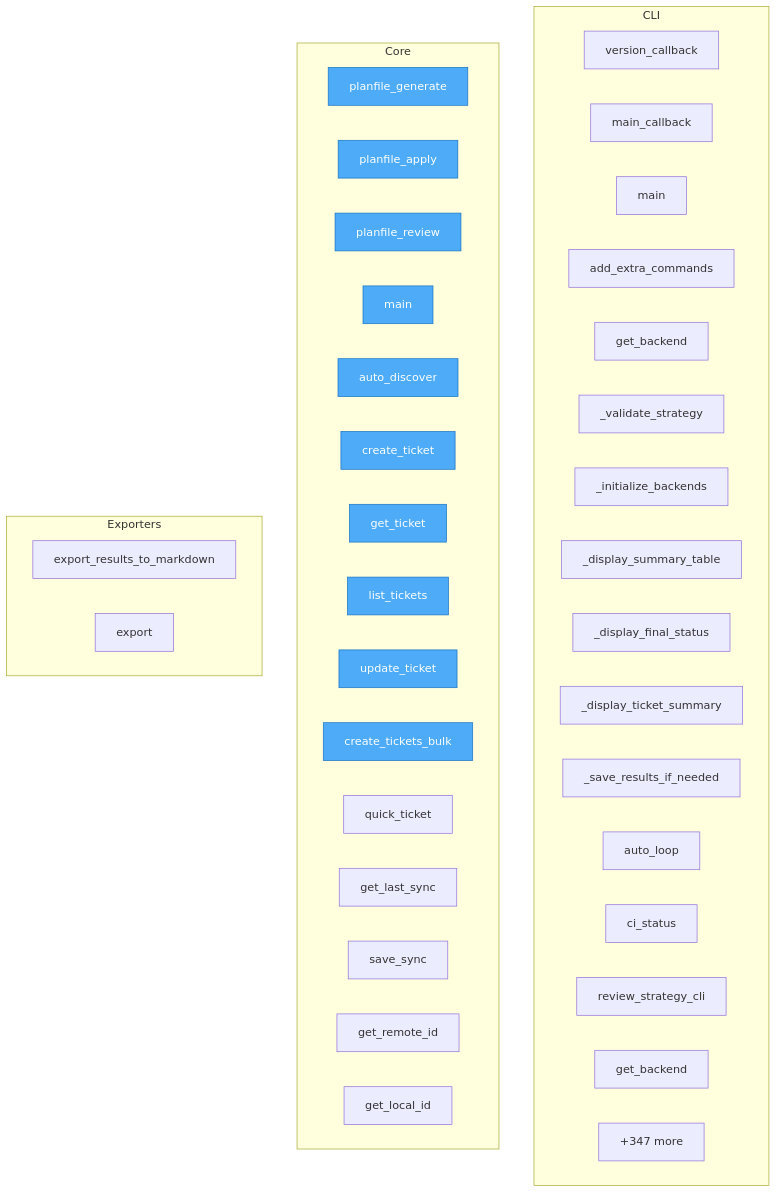
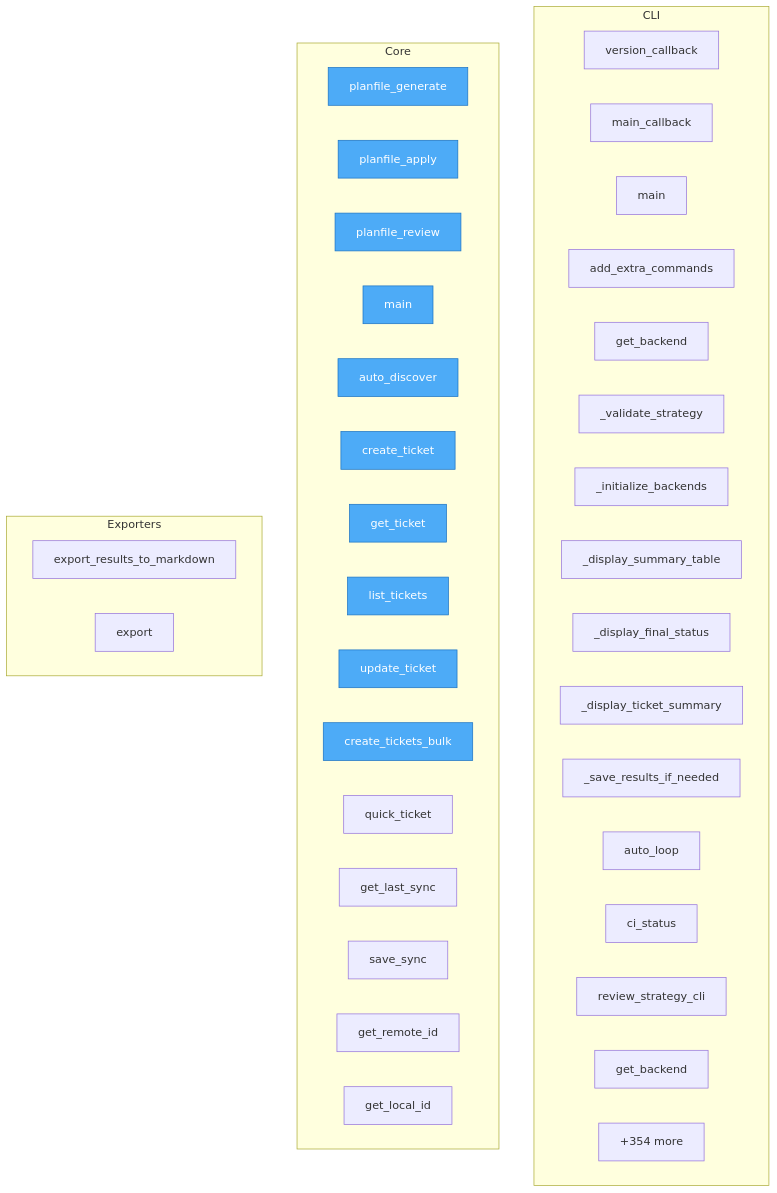
The diagram in project/flow.mmd (semcod/planfile), drawn with Mermaid before and after one commit. The commit also changed 29 other files, not shown here.

```diff
--- a/project/flow.mmd
+++ b/project/flow.mmd
@@ -1,49 +1,49 @@
 flowchart TD
 
     %% Entry points (blue)
     classDef entry fill:#4dabf7,stroke:#1971c2,color:#fff
 
     subgraph CLI
         planfile__cli__commands__version_callback["version_callback"]
         planfile__cli__commands__main_callback["main_callback"]
         planfile__cli__commands__main["main"]
         planfile__cli__extra_commands__add_extra_commands["add_extra_commands"]
         planfile__cli__auto_loop__get_backend["get_backend"]
         planfile__cli__auto_loop___validate_strategy["_validate_strategy"]
         planfile__cli__auto_loop___initialize_backends["_initialize_backends"]
         planfile__cli__auto_loop___display_summary_table["_display_summary_table"]
         planfile__cli__auto_loop___display_final_status["_display_final_status"]
         planfile__cli__auto_loop___display_ticket_summary["_display_ticket_summary"]
         planfile__cli__auto_loop___save_results_if_needed["_save_results_if_needed"]
         planfile__cli__auto_loop__auto_loop["auto_loop"]
         planfile__cli__auto_loop__ci_status["ci_status"]
         planfile__cli__cmd__cmd_review__review_strategy_cli["review_strategy_cli"]
         planfile__cli__cmd__cmd_utils__get_backend["get_backend"]
         ...["+30 more"]
     end
 
     subgraph Core
         mcp_server_example__planfile_generate["planfile_generate"]
         mcp_server_example__planfile_apply["planfile_apply"]
         mcp_server_example__planfile_review["planfile_review"]
         mcp_server_example__main["main"]
         planfile__Planfile__auto_discover["auto_discover"]
         planfile__Planfile__create_ticket["create_ticket"]
         planfile__Planfile__get_ticket["get_ticket"]
         planfile__Planfile__list_tickets["list_tickets"]
         planfile__Planfile__update_ticket["update_ticket"]
         planfile__Planfile__create_tickets_bulk["create_tickets_bulk"]
         planfile__quick_ticket["quick_ticket"]
         planfile__sync__state__SyncState__get_last_sync["get_last_sync"]
         planfile__sync__state__SyncState__save_sync["save_sync"]
         planfile__sync__state__SyncState__get_remote_id["get_remote_id"]
         planfile__sync__state__SyncState__get_local_id["get_local_id"]
-        ...["+347 more"]
+        ...["+354 more"]
     end
 
     subgraph Exporters
         planfile__loaders__cli_loader__export_results_to_markdown["export_results_to_markdown"]
         planfile__core__models__Strategy__export["export"]
     end
 
     class mcp_server_example__planfile_generate,mcp_server_example__planfile_apply,mcp_server_example__planfile_review,mcp_server_example__main,planfile__Planfile__auto_discover,planfile__Planfile__create_ticket,planfile__Planfile__get_ticket,planfile__Planfile__list_tickets,planfile__Planfile__update_ticket,planfile__Planfile__create_tickets_bulk entry
```
